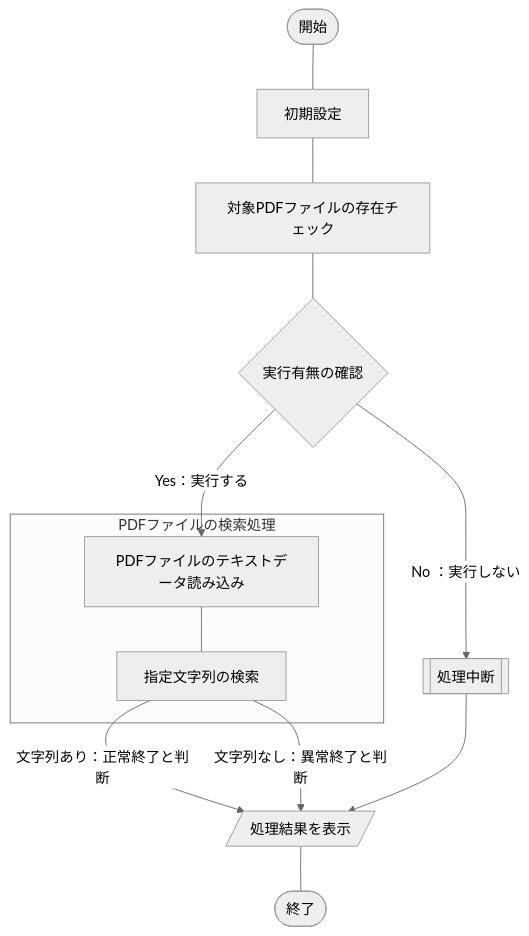
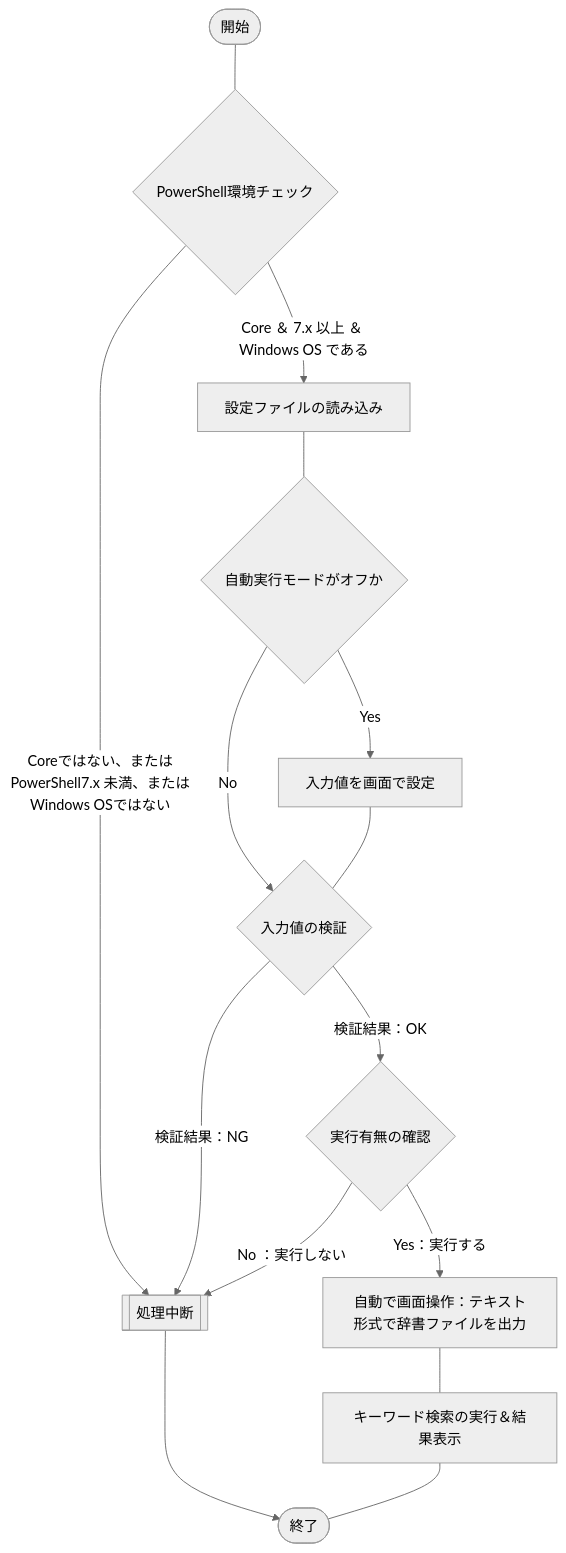
Before and after one commit to akiGAMEBOY/haretokidoki_zn: the diagram in articles/a1a89282137299.md, drawn with Mermaid (neutral theme). The commit also changed other lines of this file, not shown here.

Commit message:
docs: 下書きの更新

````diff
--- a/articles/a1a89282137299.md
+++ b/articles/a1a89282137299.md
@@ -64,15 +71,17 @@
 ```mermaid
 flowchart TB
-    A(["開始"]) --- B["初期設定"]
-    B --- C["対象PDFファイルの存在チェック"]
-    C --- D{"実行有無の確認"}
-    D --> |"Yes：実行する"| E["PDFファイルのテキストデータ読み込み"]
-    D --> |"No ：実行しない"| X[["処理中断"]]
-    subgraph "PDFファイルの検索処理"
-    E --- F["指定文字列の検索"]
-    end
-    F --> |"文字列あり：正常終了と判断"| G[/"処理結果を表示"/]
-    F --> |"文字列なし：異常終了と判断"| G    
-    X --> G
-    G --- H(["終了"])
+    A(["開始"]) --- B{"PowerShell環境チェック"}
+    B --> |"Core ＆ 7.x 以上 ＆ Windows OS である"| C["設定ファイルの読み込み"]
+    B --> |"Coreではない、またはPowerShell7.x 未満、またはWindows OSではない"| X[["処理中断"]]
+    C --- D{"自動実行モードがオフか"}
+    D --> |"Yes"| E["入力値を画面で設定"]
+    D --> |"No"| F{"入力値の検証"}
+    E --- F
+    F --> |"検証結果：OK"| G{"実行有無の確認"}
+    F --> |"検証結果：NG"| X
+    G --> |"Yes：実行する"| H["自動で画面操作：テキスト形式で辞書ファイルを出力"]
+    G --> |"No ：実行しない"| X[["処理中断"]]
+    H --- I["キーワード検索の実行＆結果表示"]
+    X --> J
+    I --- J(["終了"])
 ```
````
